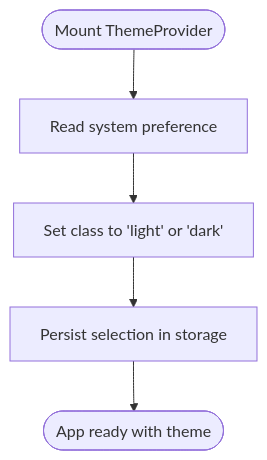
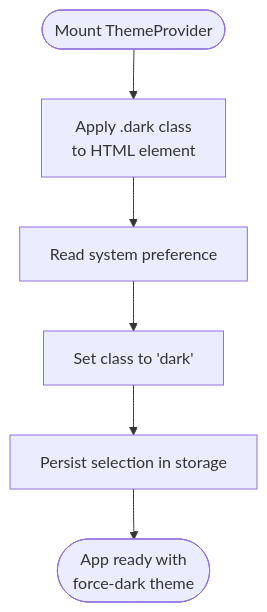
Before and after one commit to alikizang/datafrica: the third of 5 diagrams in .qoder/repowiki/en/content/UI Components/Theme System.md, drawn with Mermaid. The commit also changed other lines of this file and 15 other files, not shown here.

````diff
--- a/.qoder/repowiki/en/content/UI Components/Theme System.md
+++ b/.qoder/repowiki/en/content/UI Components/Theme System.md
@@ -136,7 +156,8 @@
 ```mermaid
 flowchart TD
-Start(["Mount ThemeProvider"]) --> Detect["Read system preference"]
-Detect --> SetClass["Set <html> class to 'light' or 'dark'"]
+Start(["Mount ThemeProvider"]) --> ForceDark["Apply .dark class<br/>to HTML element"]
+ForceDark --> Detect["Read system preference"]
+Detect --> SetClass["Set <html> class to 'dark'"]
 SetClass --> Persist["Persist selection in storage"]
-Persist --> Ready(["App ready with theme"])
+Persist --> Ready(["App ready with<br/>force-dark theme"])
 ```
````
